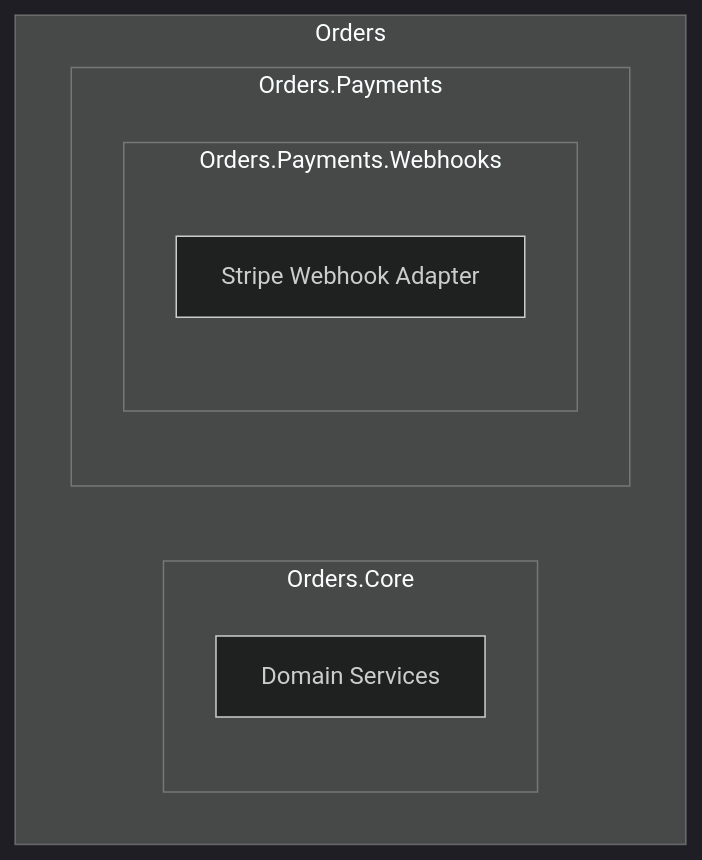
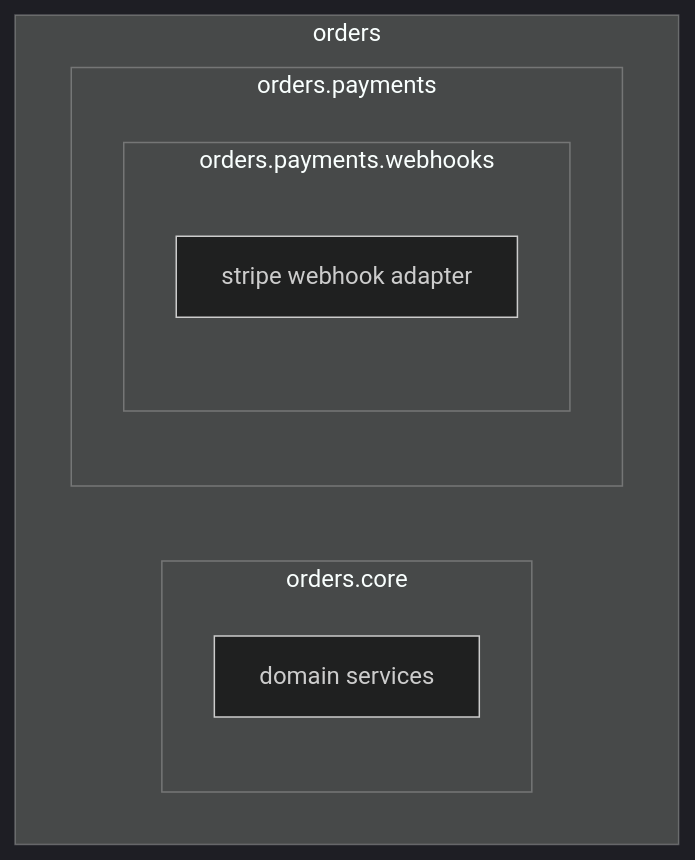
One commit to ragnarokkrr/ragna-claude-marketplace changed the first of 3 diagrams in ragna-claude-plugins/agents/backend-architect.md. Above: the diagram before and after it, drawn with Mermaid (dark theme). The commit also changed other lines of this file, not shown here.

Commit message:
[agent] Standardize module naming to lowercase in backend-architect
Enforce lowercase naming convention for module packages (e.g., orders.payments.webhooks
instead of Orders.Payments.Webhooks) for consistency with common package naming practices.

🤖 Generated with [Claude Code](https://claude.com/claude-code)

````diff
--- a/ragna-claude-plugins/agents/backend-architect.md
+++ b/ragna-claude-plugins/agents/backend-architect.md
@@ -169,13 +169,13 @@
   ```mermaid
   flowchart TD
-      subgraph Orders
-          subgraph Orders.Core
-              OrdersCoreSvc["Domain Services"]
+      subgraph orders
+          subgraph orders.core
+              ordersCoreSvc["domain services"]
           end
-          subgraph Orders.Payments
-              subgraph Orders.Payments.Webhooks
-                  WebhookHandler["Stripe Webhook Adapter"]
+          subgraph orders.payments
+              subgraph orders.payments.webhooks
+                  webhookHandler["stripe webhook adapter"]
               end
           end
       end
   ```
````
